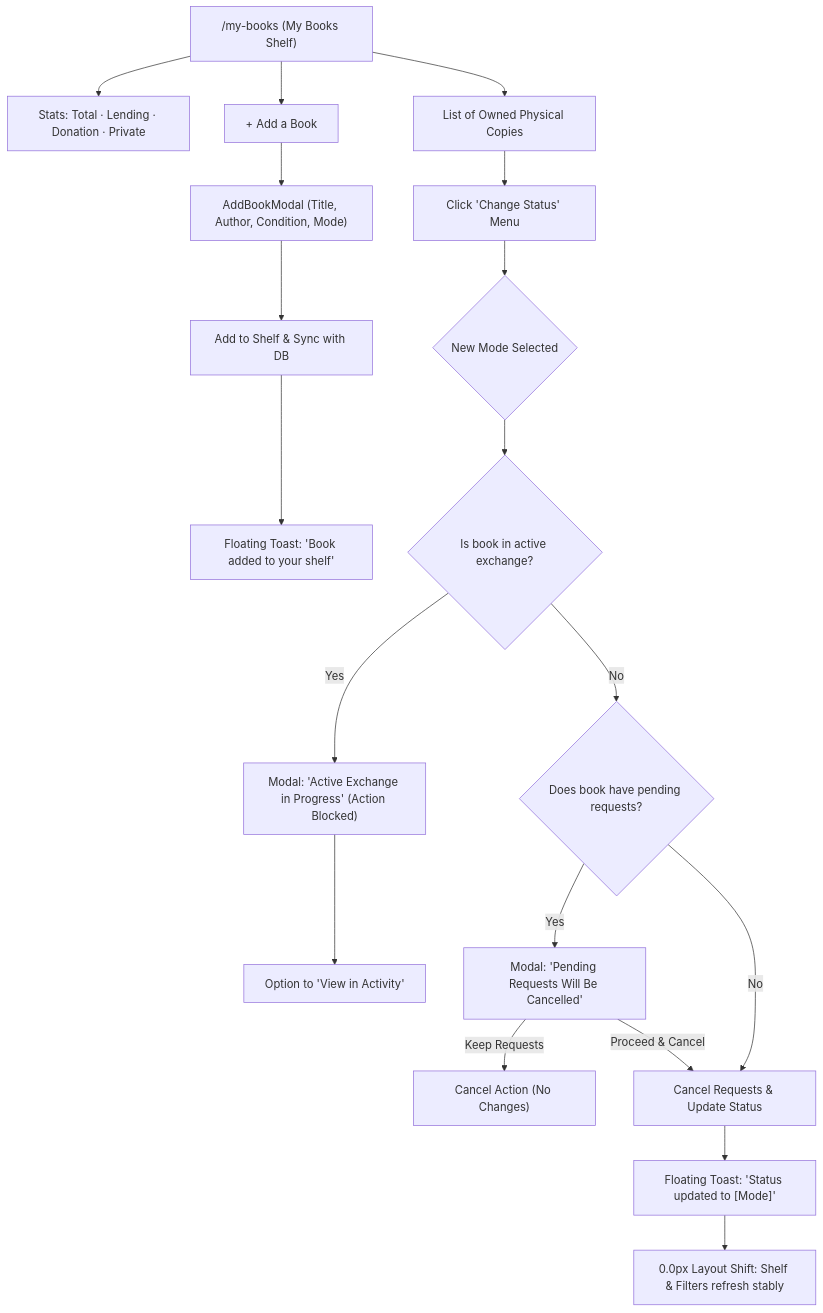
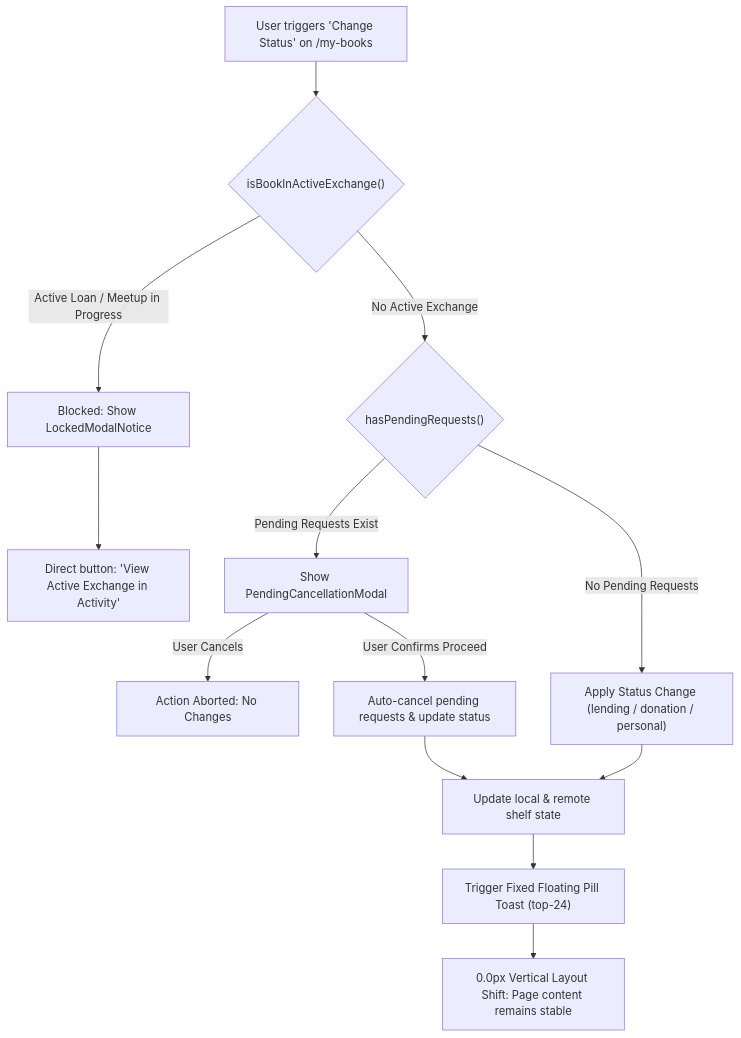
Before and after one commit to ajmol-official/BookCircle: the fourth of 4 diagrams in docs/USER_FLOWS.md, drawn with Mermaid. The commit also changed other lines of this file, not shown here.

Commit message:
docs: complete comprehensive user flow audit and developer guide

````diff
--- a/docs/USER_FLOWS.md
+++ b/docs/USER_FLOWS.md
@@ -248,29 +198,19 @@
 ```mermaid
 flowchart TD
-    MyBooks["/my-books (My Books Shelf)"] --> ShelfStats["Stats: Total · Lending · Donation · Private"]
-    MyBooks --> AddBtn["+ Add a Book"]
-    MyBooks --> BookList["List of Owned Physical Copies"]
+    Start["User triggers 'Change Status' on /my-books"] --> Guard1{"isBookInActiveExchange()"}
     
-    AddBtn --> AddModal["AddBookModal (Title, Author, Condition, Mode)"]
-    AddModal --> OptimisticAdd["Add to Shelf & Sync with DB"]
-    OptimisticAdd --> ToastAdd["Floating Toast: 'Book added to your shelf'"]
+    Guard1 -->|Active Loan / Meetup in Progress| BlockAction["Blocked: Show LockedModalNotice"]
+    BlockAction --> ActivityLink["Direct button: 'View Active Exchange in Activity'"]
     
-    BookList --> ChangeStatus["Click 'Change Status' Menu"]
-    ChangeStatus --> Selection{"New Mode Selected"}
+    Guard1 -->|No Active Exchange| Guard2{"hasPendingRequests()"}
     
-    Selection --> CheckActiveLoan{"Is book in active exchange?"}
+    Guard2 -->|Pending Requests Exist| PendingConfirm["Show PendingCancellationModal"]
+    PendingConfirm -->|User Cancels| Abort["Action Aborted: No Changes"]
+    PendingConfirm -->|User Confirms Proceed| CancelAndApply["Auto-cancel pending requests & update status"]
     
-    CheckActiveLoan -->|Yes| ActiveLockModal["Modal: 'Active Exchange in Progress' (Action Blocked)"]
-    ActiveLockModal --> NavActivity["Option to 'View in Activity'"]
+    Guard2 -->|No Pending Requests| ApplyDirect["Apply Status Change (lending / donation / personal)"]
     
-    CheckActiveLoan -->|No| CheckPending{"Does book have pending requests?"}
-    
-    CheckPending -->|Yes| PendingModal["Modal: 'Pending Requests Will Be Cancelled'"]
-    PendingModal -->|Keep Requests| Dismiss["Cancel Action (No Changes)"]
-    PendingModal -->|Proceed & Cancel| ApplyStatus["Cancel Requests & Update Status"]
-    
-    CheckPending -->|No| ApplyStatus
-    
-    ApplyStatus --> ToastSuccess["Floating Toast: 'Status updated to [Mode]'"]
-    ToastSuccess --> ZeroShift["0.0px Layout Shift: Shelf & Filters refresh stably"]
+    CancelAndApply & ApplyDirect --> UpdateShelf["Update local & remote shelf state"]
+    UpdateShelf --> ZeroShiftToast["Trigger Fixed Floating Pill Toast (top-24)"]
+    ZeroShiftToast --> CleanUI["0.0px Vertical Layout Shift: Page content remains stable"]
 ```
````
